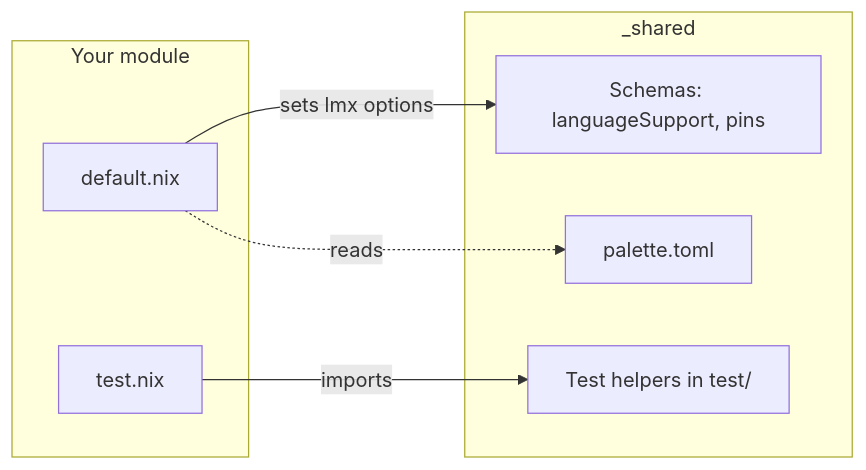
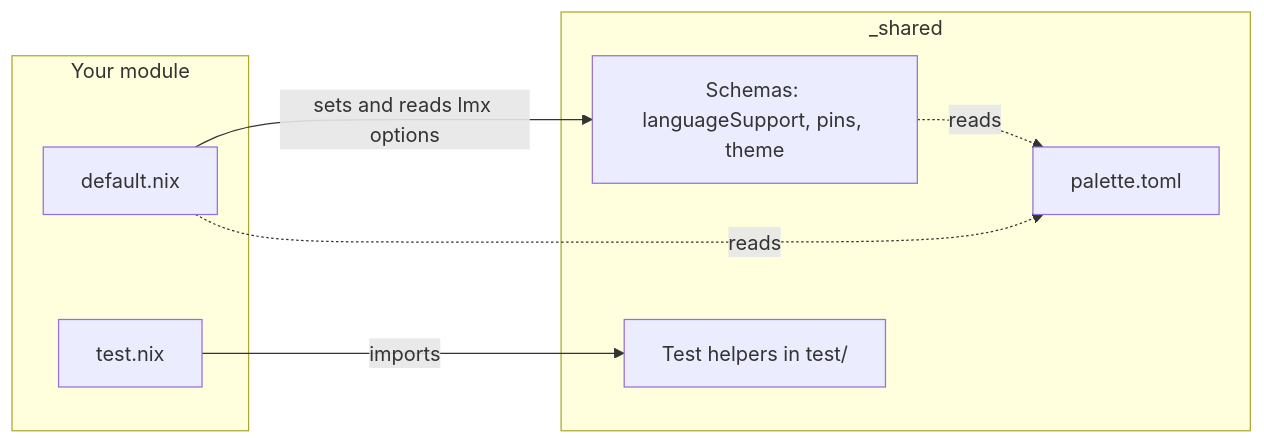
The first of 2 diagrams in catalog/_shared/README.md (limanix/modules), drawn with Mermaid before and after one commit. The commit also changed other lines of this file and 104 other files, not shown here.

````diff
--- a/catalog/_shared/README.md
+++ b/catalog/_shared/README.md
@@ -7,15 +7,16 @@
 ```mermaid
 flowchart LR
     subgraph mod[Your module]
         default[default.nix]
         test[test.nix]
     end
     subgraph shared[_shared]
-        schemas[Schemas: languageSupport, pins]
+        schemas[Schemas: languageSupport, pins, theme]
         helpers[Test helpers in test/]
         data[palette.toml]
     end
-    default -- sets lmx options --> schemas
+    default -- sets and reads lmx options --> schemas
     default -. reads .-> data
+    schemas -. reads .-> data
     test -- imports --> helpers
 ```
````
